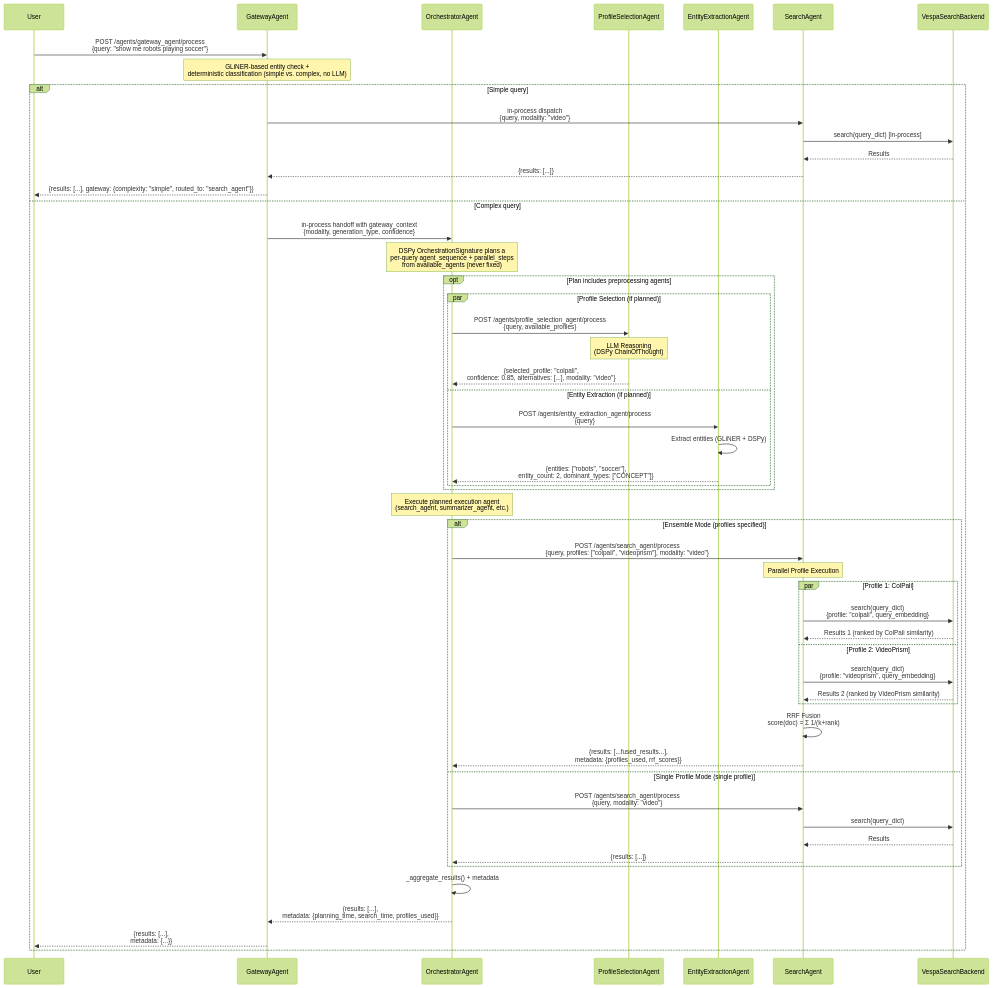
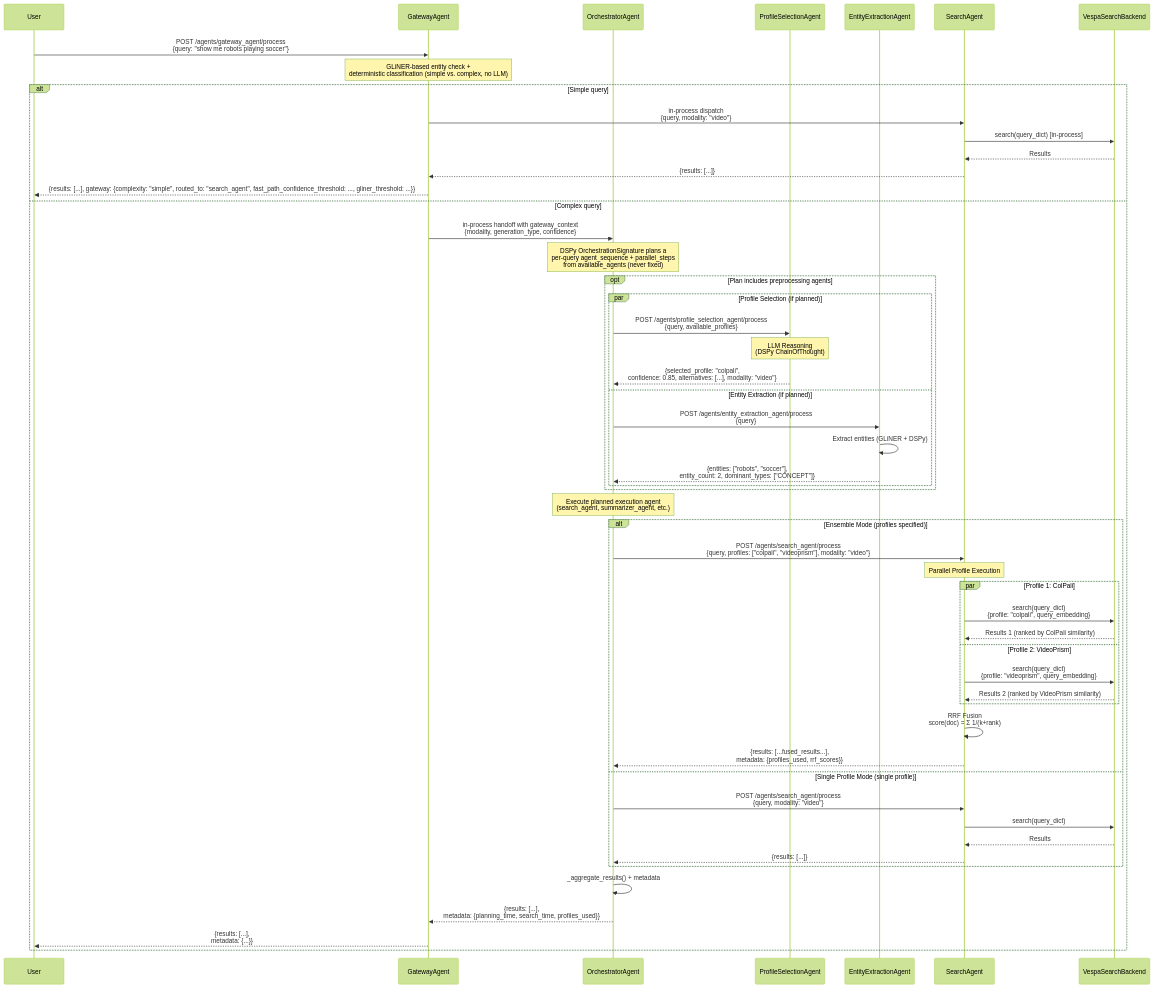
The second of 8 diagrams in docs/architecture/multi-agent-interactions.md (amit-jain/cogniverse), drawn with Mermaid (forest theme) before and after one commit. The commit also changed 13 other files, not shown here.

````diff
--- a/docs/architecture/multi-agent-interactions.md
+++ b/docs/architecture/multi-agent-interactions.md
@@ -163,65 +163,65 @@
 ```mermaid
 sequenceDiagram
     participant User
     participant Gateway as GatewayAgent
     participant Orch as OrchestratorAgent
     participant Prof as ProfileSelectionAgent
     participant Entity as EntityExtractionAgent
     participant Search as SearchAgent
     participant Backend as VespaSearchBackend
 
     User->>Gateway: POST /agents/gateway_agent/process<br/>{query: "show me robots playing soccer"}
 
     Note over Gateway: GLiNER-based entity check +<br/>deterministic classification (simple vs. complex, no LLM)
 
     alt Simple query
         Gateway->>Search: in-process dispatch<br/>{query, modality: "video"}
         Search->>Backend: search(query_dict) [in-process]
         Backend-->>Search: Results
         Search-->>Gateway: {results: [...]}
-        Gateway-->>User: {results: [...], gateway: {complexity: "simple", routed_to: "search_agent"}}
+        Gateway-->>User: {results: [...], gateway: {complexity: "simple", routed_to: "search_agent", fast_path_confidence_threshold: ..., gliner_threshold: ...}}
     else Complex query
         Gateway->>Orch: in-process handoff with gateway_context<br/>{modality, generation_type, confidence}
 
         Note over Orch: DSPy OrchestrationSignature plans a<br/>per-query agent_sequence + parallel_steps<br/>from available_agents (never fixed)
 
         opt Plan includes preprocessing agents
             par Profile Selection (if planned)
                 Orch->>Prof: POST /agents/profile_selection_agent/process<br/>{query, available_profiles}
                 Note over Prof: LLM Reasoning<br/>(DSPy ChainOfThought)
                 Prof-->>Orch: {selected_profile: "colpali",<br/>confidence: 0.85, alternatives: [...], modality: "video"}
             and Entity Extraction (if planned)
                 Orch->>Entity: POST /agents/entity_extraction_agent/process<br/>{query}
                 Entity->>Entity: Extract entities (GLiNER + DSPy)
                 Entity-->>Orch: {entities: ["robots", "soccer"],<br/>entity_count: 2, dominant_types: ["CONCEPT"]}
             end
         end
 
         Note over Orch: Execute planned execution agent<br/>(search_agent, summarizer_agent, etc.)
 
         alt Ensemble Mode (profiles specified)
             Orch->>Search: POST /agents/search_agent/process<br/>{query, profiles: ["colpali", "videoprism"], modality: "video"}
 
             Note over Search: Parallel Profile Execution
             par Profile 1: ColPali
                 Search->>Backend: search(query_dict)<br/>{profile: "colpali", query_embedding}
                 Backend-->>Search: Results 1 (ranked by ColPali similarity)
             and Profile 2: VideoPrism
                 Search->>Backend: search(query_dict)<br/>{profile: "videoprism", query_embedding}
                 Backend-->>Search: Results 2 (ranked by VideoPrism similarity)
             end
 
             Search->>Search: RRF Fusion<br/>score(doc) = Σ 1/(k+rank)
             Search-->>Orch: {results: [...fused_results...],<br/>metadata: {profiles_used, rrf_scores}}
         else Single Profile Mode (single profile)
             Orch->>Search: POST /agents/search_agent/process<br/>{query, modality: "video"}
             Search->>Backend: search(query_dict)
             Backend-->>Search: Results
             Search-->>Orch: {results: [...]}
         end
 
         Orch->>Orch: _aggregate_results() + metadata
         Orch-->>Gateway: {results: [...],<br/>metadata: {planning_time, search_time, profiles_used}}
         Gateway-->>User: {results: [...],<br/>metadata: {...}}
     end
 ```
````
